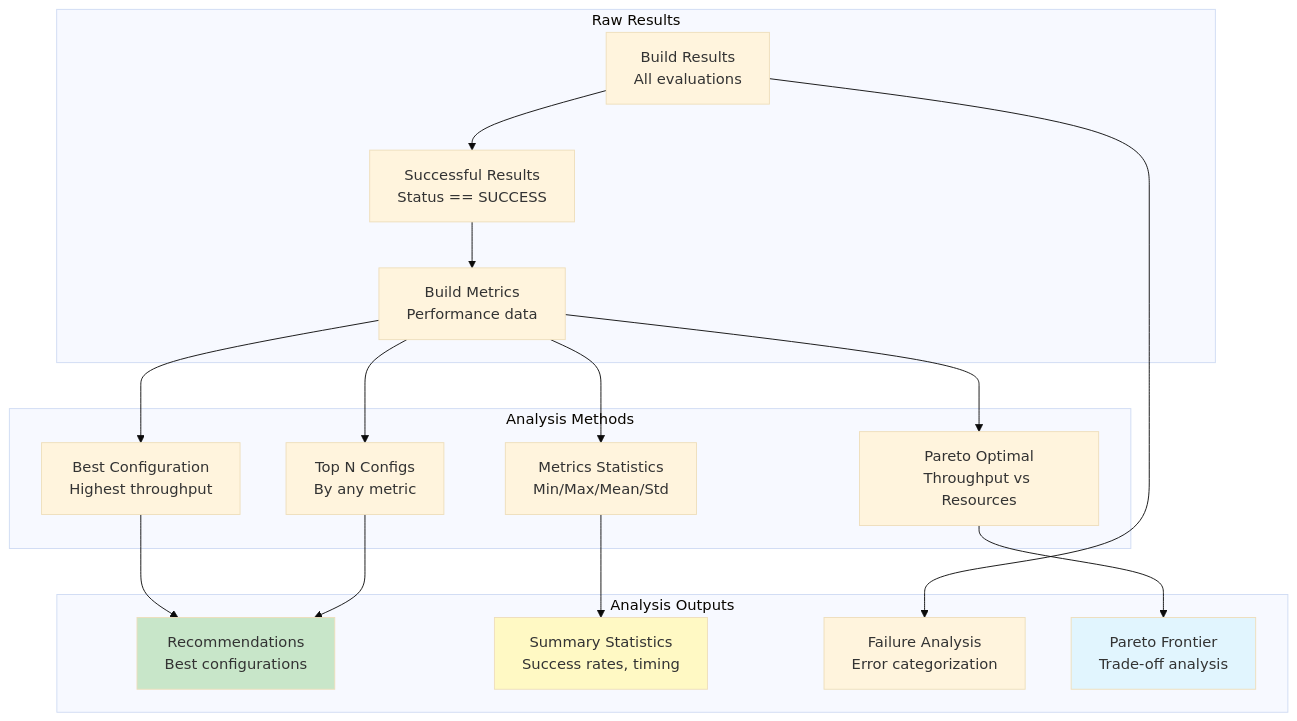
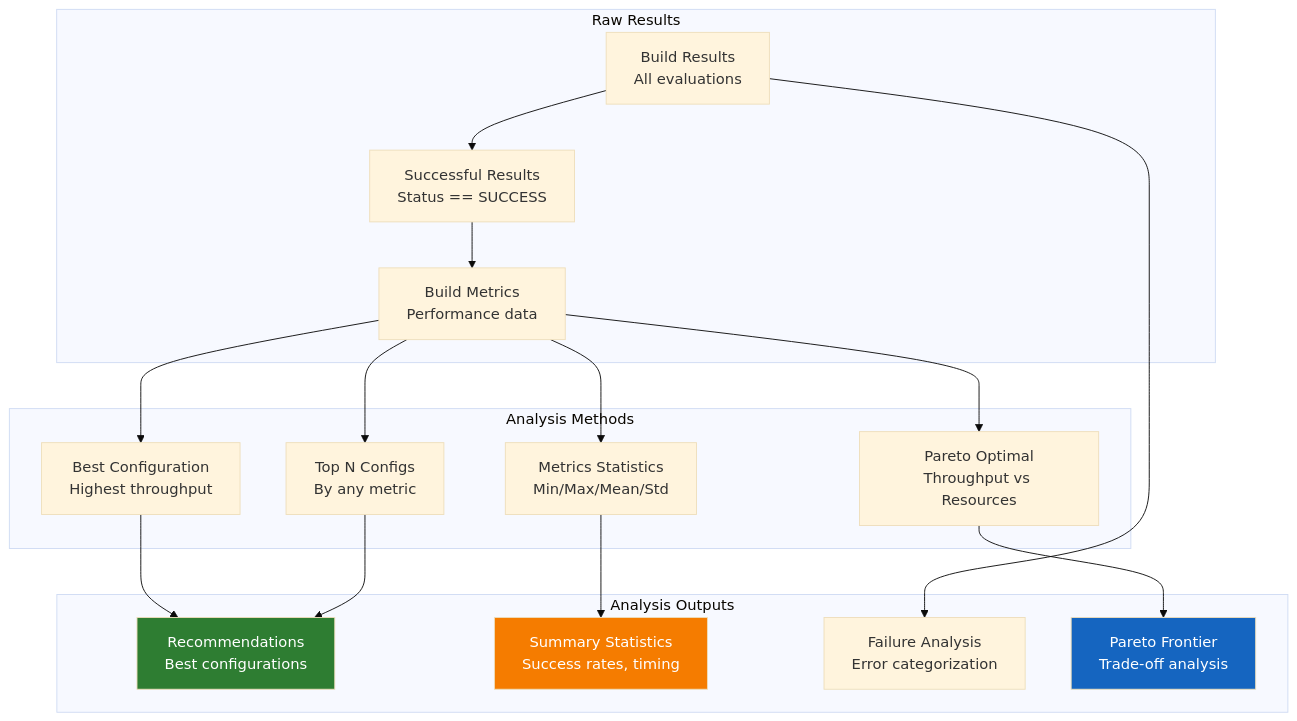
The ninth of 9 diagrams in brainsmith/core/phase2/PHASE2_ARCHITECTURE.md (microsoft/Brainsmith), drawn with Mermaid (base theme) before and after one commit. The commit also changed other lines of this file and 40 other files, not shown here.

````diff
--- a/brainsmith/core/phase2/PHASE2_ARCHITECTURE.md
+++ b/brainsmith/core/phase2/PHASE2_ARCHITECTURE.md
@@ -492,39 +490,39 @@
 ```mermaid
 graph TB
     subgraph "Raw Results"
         BR[Build Results<br/>All evaluations]
         SUCC[Successful Results<br/>Status == SUCCESS]
         METRICS[Build Metrics<br/>Performance data]
     end
     
     subgraph "Analysis Methods"
         BEST[Best Configuration<br/>Highest throughput]
         PARETO[Pareto Optimal<br/>Throughput vs Resources]
         TOPN[Top N Configs<br/>By any metric]
         STATS[Metrics Statistics<br/>Min/Max/Mean/Std]
     end
     
     subgraph "Analysis Outputs"
         RECOMMENDATIONS[Recommendations<br/>Best configurations]
         SUMMARY[Summary Statistics<br/>Success rates, timing]
         FAILURES[Failure Analysis<br/>Error categorization]
         FRONTIER[Pareto Frontier<br/>Trade-off analysis]
     end
     
     BR --> SUCC
     SUCC --> METRICS
     METRICS --> BEST
     METRICS --> PARETO
     METRICS --> TOPN
     METRICS --> STATS
     
     BEST --> RECOMMENDATIONS
     PARETO --> FRONTIER
     TOPN --> RECOMMENDATIONS
     STATS --> SUMMARY
     BR --> FAILURES
     
-    style RECOMMENDATIONS fill:#c8e6c9
-    style FRONTIER fill:#e1f5fe
-    style SUMMARY fill:#fff9c4
+    style RECOMMENDATIONS fill:#2e7d32,color:#fff
+    style FRONTIER fill:#1565c0,color:#fff
+    style SUMMARY fill:#f57c00,color:#fff
 ```
````
